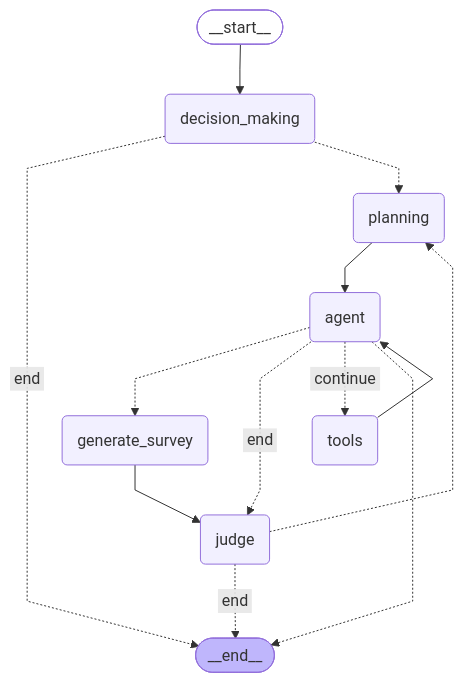
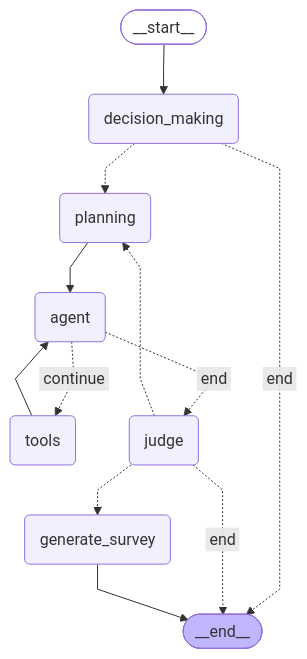
The diagram in llm-projects/Intermediate/00_paper_survey_agent/graph_visualization.mmd (CodeDriverTech/AICourse), drawn with Mermaid before and after one commit. The commit also changed 11 other files, not shown here.

```diff
--- a/llm-projects/Intermediate/00_paper_survey_agent/graph_visualization.mmd
+++ b/llm-projects/Intermediate/00_paper_survey_agent/graph_visualization.mmd
@@ -1,29 +1,28 @@
 ---
 config:
   flowchart:
     curve: linear
 ---
 graph TD;
 	__start__([<p>__start__</p>]):::first
 	decision_making(decision_making)
 	planning(planning)
 	tools(tools)
 	agent(agent)
 	judge(judge)
 	generate_survey(generate_survey)
 	__end__([<p>__end__</p>]):::last
 	__start__ --> decision_making;
-	agent -.-> generate_survey;
 	agent -. &nbsp;end&nbsp; .-> judge;
 	agent -. &nbsp;continue&nbsp; .-> tools;
 	decision_making -. &nbsp;end&nbsp; .-> __end__;
 	decision_making -.-> planning;
-	generate_survey --> judge;
 	judge -. &nbsp;end&nbsp; .-> __end__;
+	judge -.-> generate_survey;
 	judge -.-> planning;
 	planning --> agent;
 	tools --> agent;
-	agent -.-> __end__;
+	generate_survey --> __end__;
 	classDef default fill:#f2f0ff,line-height:1.2
 	classDef first fill-opacity:0
 	classDef last fill:#bfb6fc
```
